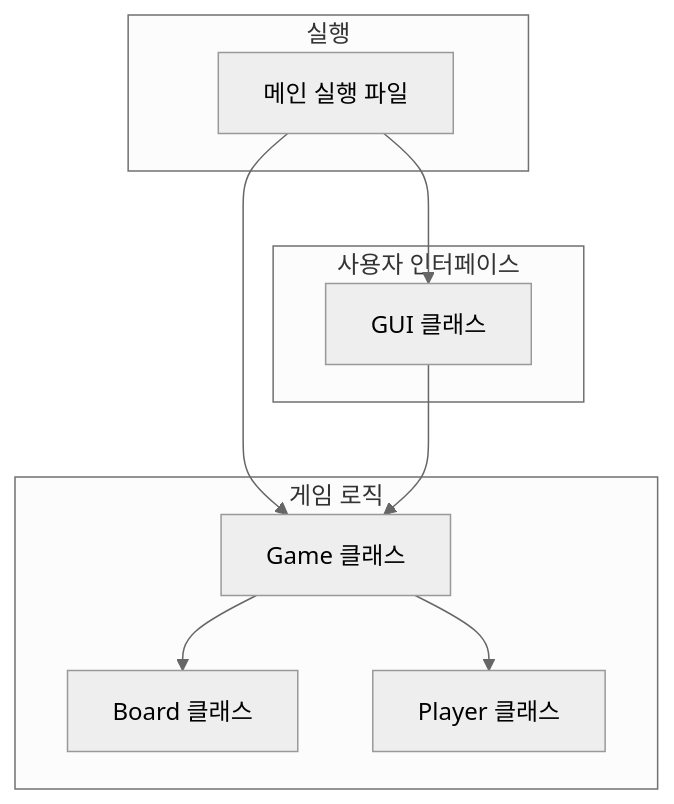
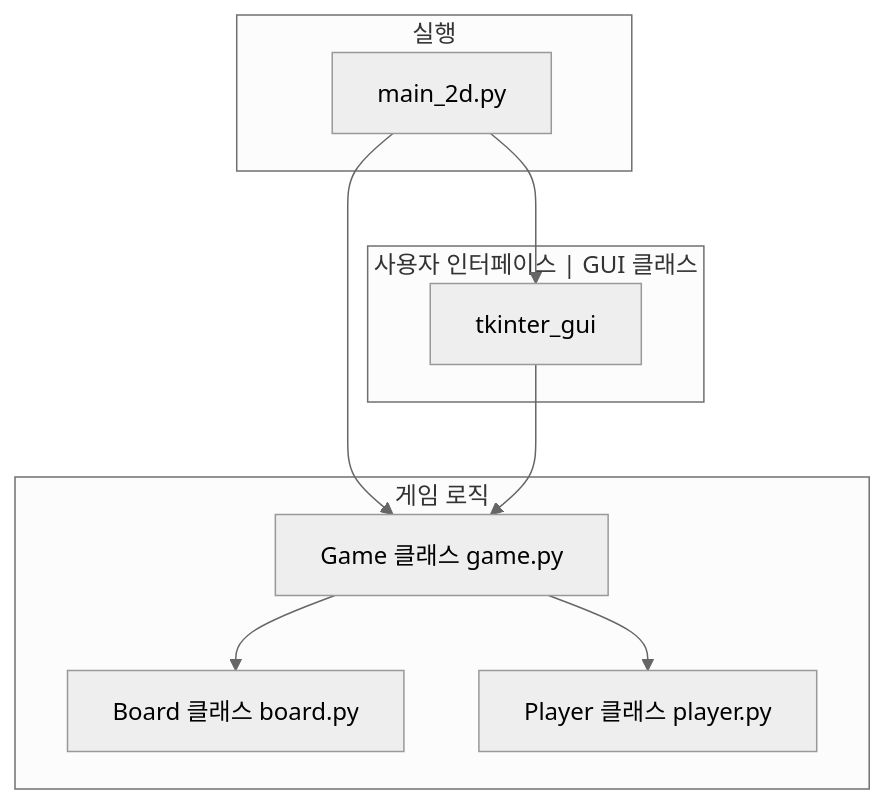
The diagram in README.md (dongkoony/omok), drawn with Mermaid (neutral theme) before and after one commit.

Commit message:
docs: README.md 파일 수정: 메인 실행 파일 및 클래스 이름 업데이트, 사용자 인터페이스 설명 개선

````diff
--- a/README.md
+++ b/README.md
@@ -49,22 +49,22 @@
 ```mermaid
 graph TD
-    A[main.py] --> B[game.py]
-    A --> C[gui.py]
+    A[main_2d.py] --> B[game.py]
+    A --> C[tkinter_gui.py]
     B --> D[board.py]
     B --> E[player.py]
     C --> B
     
     subgraph "게임 로직"
-        B[Game 클래스]
-        D[Board 클래스]
-        E[Player 클래스]
+        B[Game 클래스 game.py]
+        D[Board 클래스 board.py]
+        E[Player 클래스 player.py]
     end
     
-    subgraph "사용자 인터페이스"
-        C[GUI 클래스]
+    subgraph "사용자 인터페이스 | GUI 클래스"
+        C[tkinter_gui]
     end
     
     subgraph "실행"
-        A[메인 실행 파일]
+        A[main_2d.py]
     end
 ```
````
